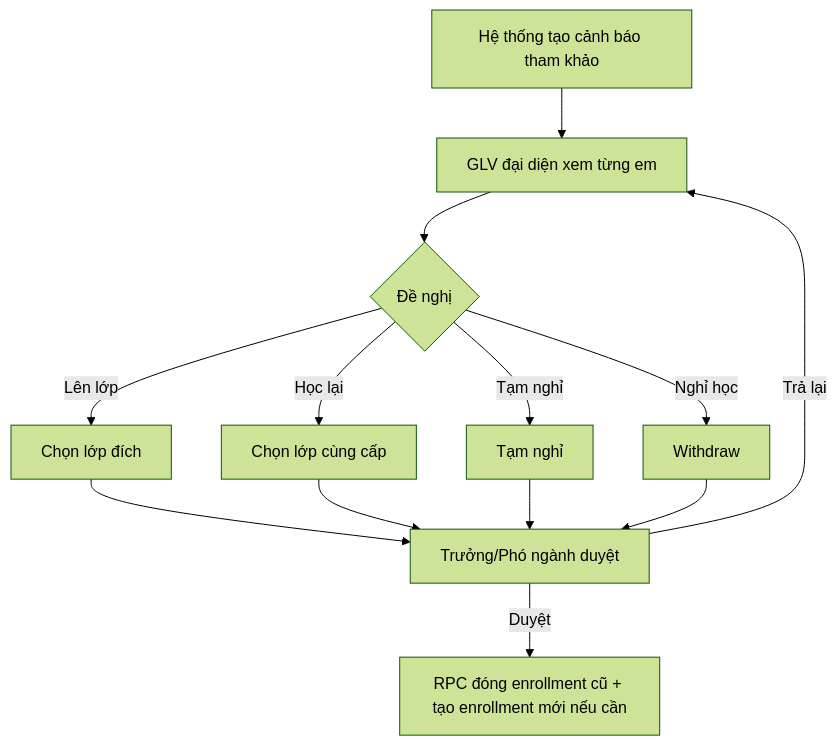
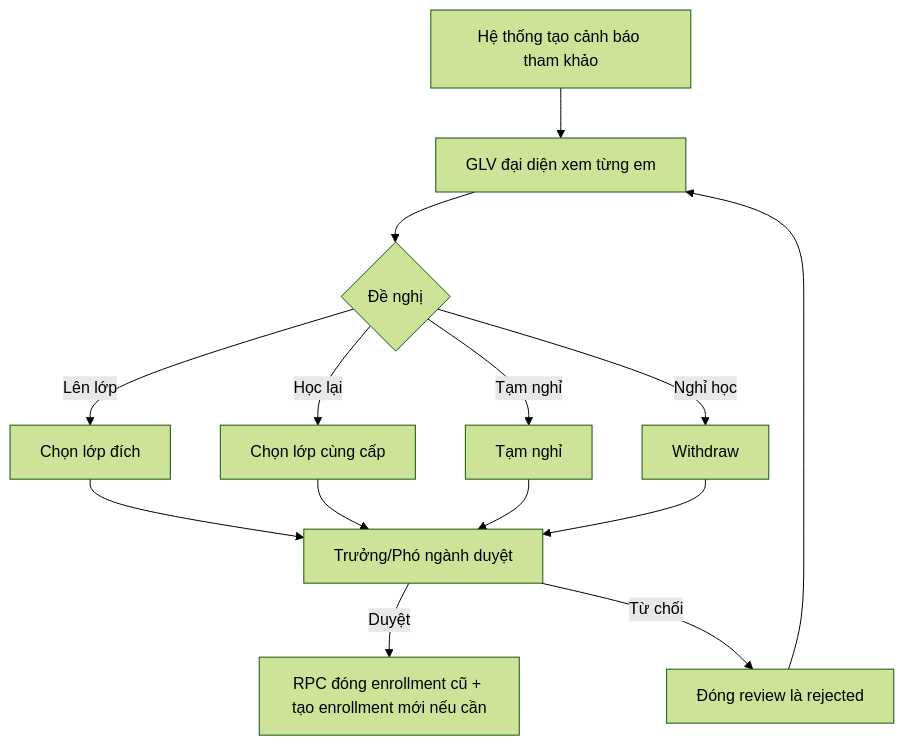
The second of 2 diagrams in docs/03-workflow.md (LeDuyKhangZz/CQ_TNTT_Manager_WEB), drawn with Mermaid (forest theme) before and after one commit. The commit also changed other lines of this file and 440 other files, not shown here.

````diff
--- a/docs/03-workflow.md
+++ b/docs/03-workflow.md
@@ -227,15 +244,16 @@
 ```mermaid
 flowchart TD
     A[Hệ thống tạo cảnh báo tham khảo] --> B[GLV đại diện xem từng em]
     B --> C{Đề nghị}
     C -->|Lên lớp| D[Chọn lớp đích]
     C -->|Học lại| E[Chọn lớp cùng cấp]
     C -->|Tạm nghỉ| F[Tạm nghỉ]
     C -->|Nghỉ học| G[Withdraw]
     D --> H[Trưởng/Phó ngành duyệt]
     E --> H
     F --> H
     G --> H
     H -->|Duyệt| I[RPC đóng enrollment cũ + tạo enrollment mới nếu cần]
-    H -->|Trả lại| B
+    H -->|Từ chối| J[Đóng review là rejected]
+    J --> B
 ```
````
